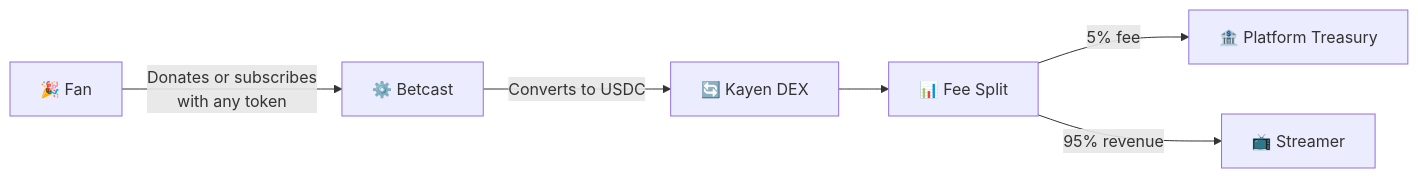
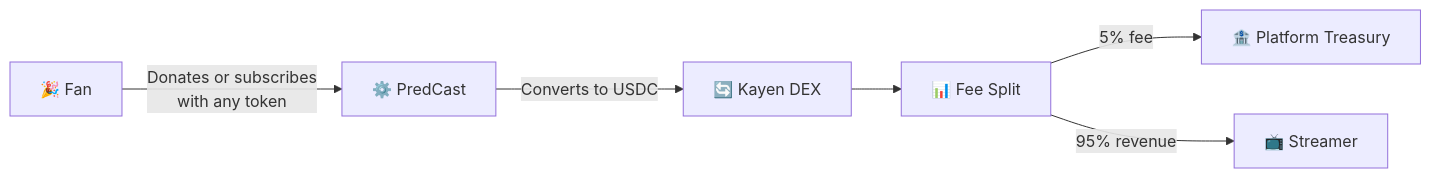
The second of 3 diagrams in apps/smart-contracts/FUNCTIONAL_DOCUMENTATION.md (ChilizTV/chiliztv.com), drawn with Mermaid before and after one commit. The commit also changed other lines of this file and 42 other files, not shown here.

````diff
--- a/apps/smart-contracts/FUNCTIONAL_DOCUMENTATION.md
+++ b/apps/smart-contracts/FUNCTIONAL_DOCUMENTATION.md
@@ -123,8 +123,8 @@
 ```mermaid
 flowchart LR
-    Fan["🎉 Fan"] -->|"Donates or subscribes\nwith any token"| Platform["⚙️ Betcast"]
+    Fan["🎉 Fan"] -->|"Donates or subscribes\nwith any token"| Platform["⚙️ PredCast"]
     Platform -->|"Converts to USDC"| DEX["🔄 Kayen DEX"]
     DEX --> Split["📊 Fee Split"]
     Split -->|"5% fee"| Treasury["🏦 Platform Treasury"]
     Split -->|"95% revenue"| Streamer["📺 Streamer"]
 ```
````
